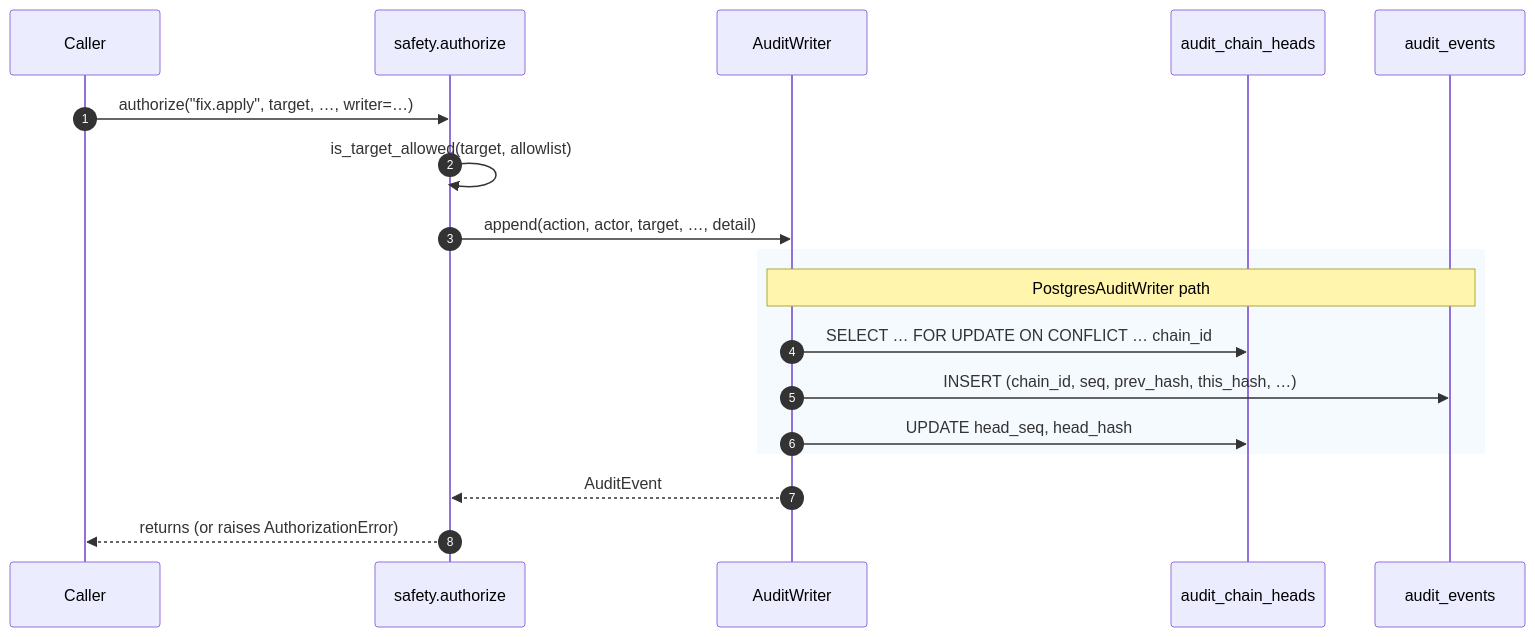
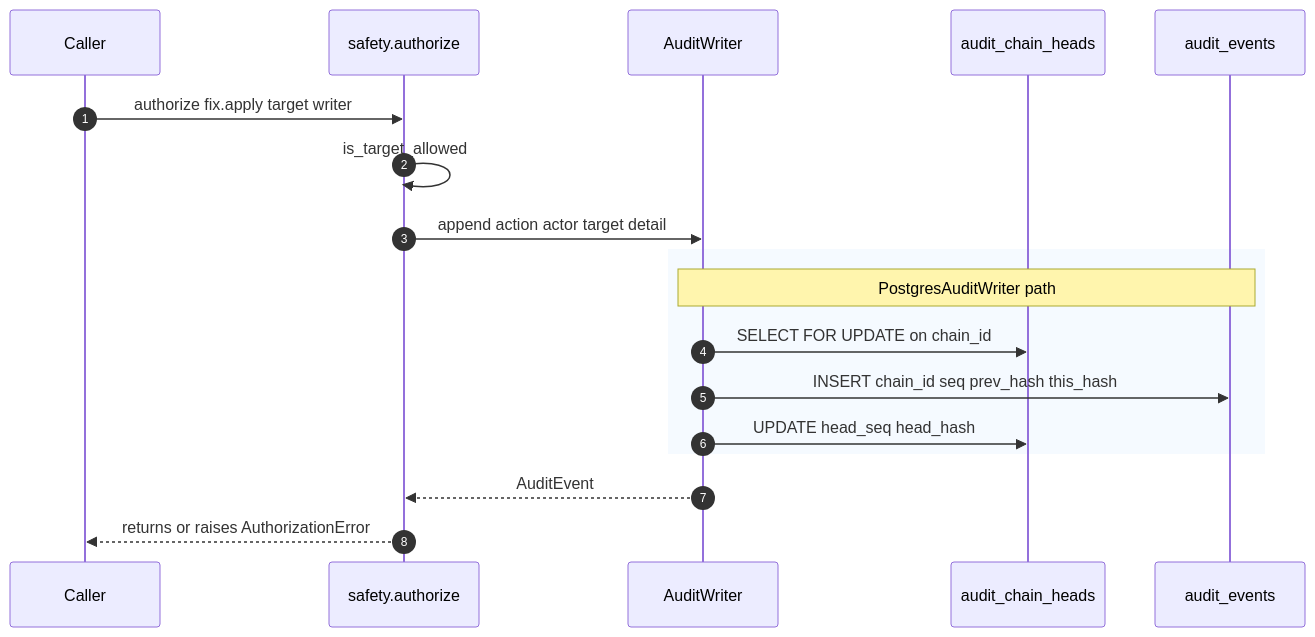
One commit to IntelliBridge/ndia-red-team-simulator changed the second of 2 diagrams in docs/architecture/audit-chain.md. Above: the diagram before and after it, drawn with Mermaid. The commit also changed other lines of this file and 8 other files, not shown here.

First line of the commit message:
mkdocs: fix every mermaid diagram against the Mermaid 11 parser

````diff
--- a/docs/architecture/audit-chain.md
+++ b/docs/architecture/audit-chain.md
@@ -95,23 +95,23 @@
 ```mermaid
 sequenceDiagram
     autonumber
     participant Caller
     participant safety as safety.authorize
     participant writer as AuditWriter
     participant heads as audit_chain_heads
     participant events as audit_events
 
-    Caller->>safety: authorize("fix.apply", target, …, writer=…)
-    safety->>safety: is_target_allowed(target, allowlist)
-    safety->>writer: append(action, actor, target, …, detail)
+    Caller->>safety: authorize fix.apply target writer
+    safety->>safety: is_target_allowed
+    safety->>writer: append action actor target detail
 
     rect rgb(245,250,255)
     Note over writer,events: PostgresAuditWriter path
-    writer->>heads: SELECT … FOR UPDATE ON CONFLICT … chain_id
-    writer->>events: INSERT (chain_id, seq, prev_hash, this_hash, …)
-    writer->>heads: UPDATE head_seq, head_hash
+    writer->>heads: SELECT FOR UPDATE on chain_id
+    writer->>events: INSERT chain_id seq prev_hash this_hash
+    writer->>heads: UPDATE head_seq head_hash
     end
 
     writer-->>safety: AuditEvent
-    safety-->>Caller: returns (or raises AuthorizationError)
+    safety-->>Caller: returns or raises AuthorizationError
 ```
````
